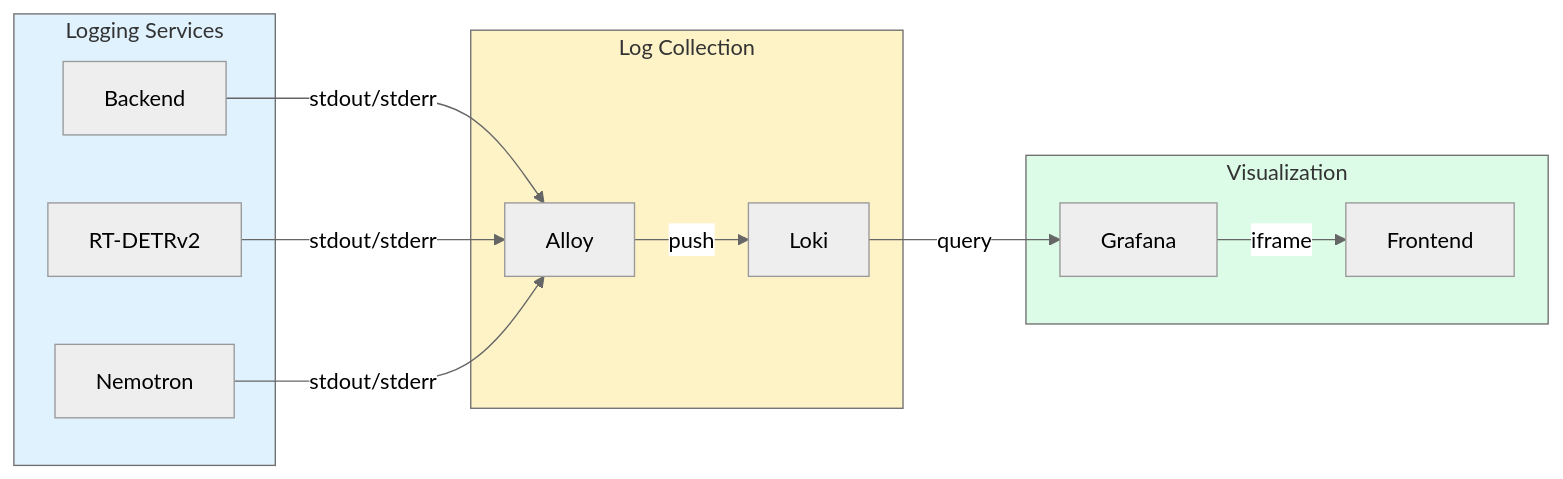
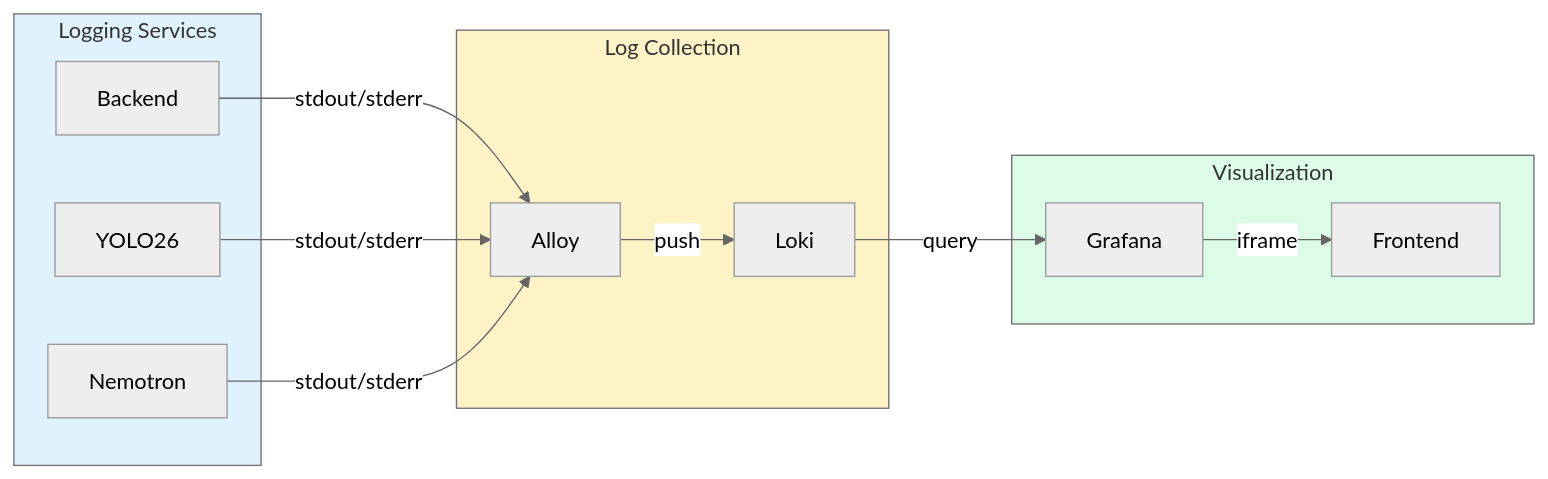
Before and after one commit to mikesvoboda/nemotron-v3-home-security-intelligence: the diagram in docs/ui/logs.md, drawn with Mermaid (neutral theme). The commit also changed other lines of this file and 474 other files, not shown here.

````diff
--- a/docs/ui/logs.md
+++ b/docs/ui/logs.md
@@ -225,29 +225,29 @@
 ```mermaid
 flowchart LR
     subgraph Services["Logging Services"]
         B[Backend]
-        R[RT-DETRv2]
+        R[YOLO26]
         N[Nemotron]
     end
 
     subgraph Collection["Log Collection"]
         A[Alloy]
         L[Loki]
     end
 
     subgraph Visualization["Visualization"]
         G[Grafana]
         F[Frontend]
     end
 
     B -->|stdout/stderr| A
     R -->|stdout/stderr| A
     N -->|stdout/stderr| A
     A -->|push| L
     L -->|query| G
     G -->|iframe| F
 
     style Services fill:#e0f2fe
     style Collection fill:#fef3c7
     style Visualization fill:#dcfce7
 ```
````
